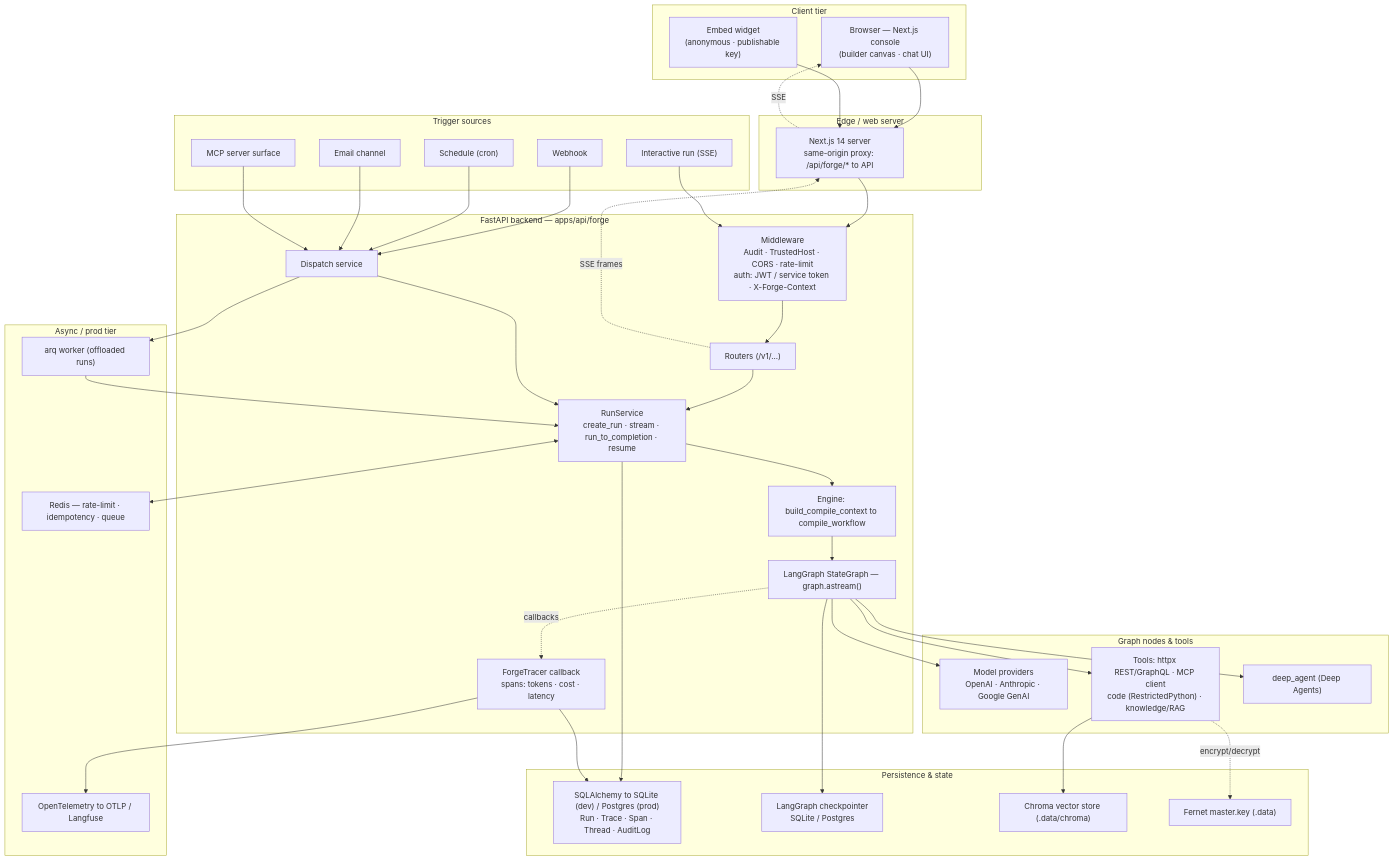
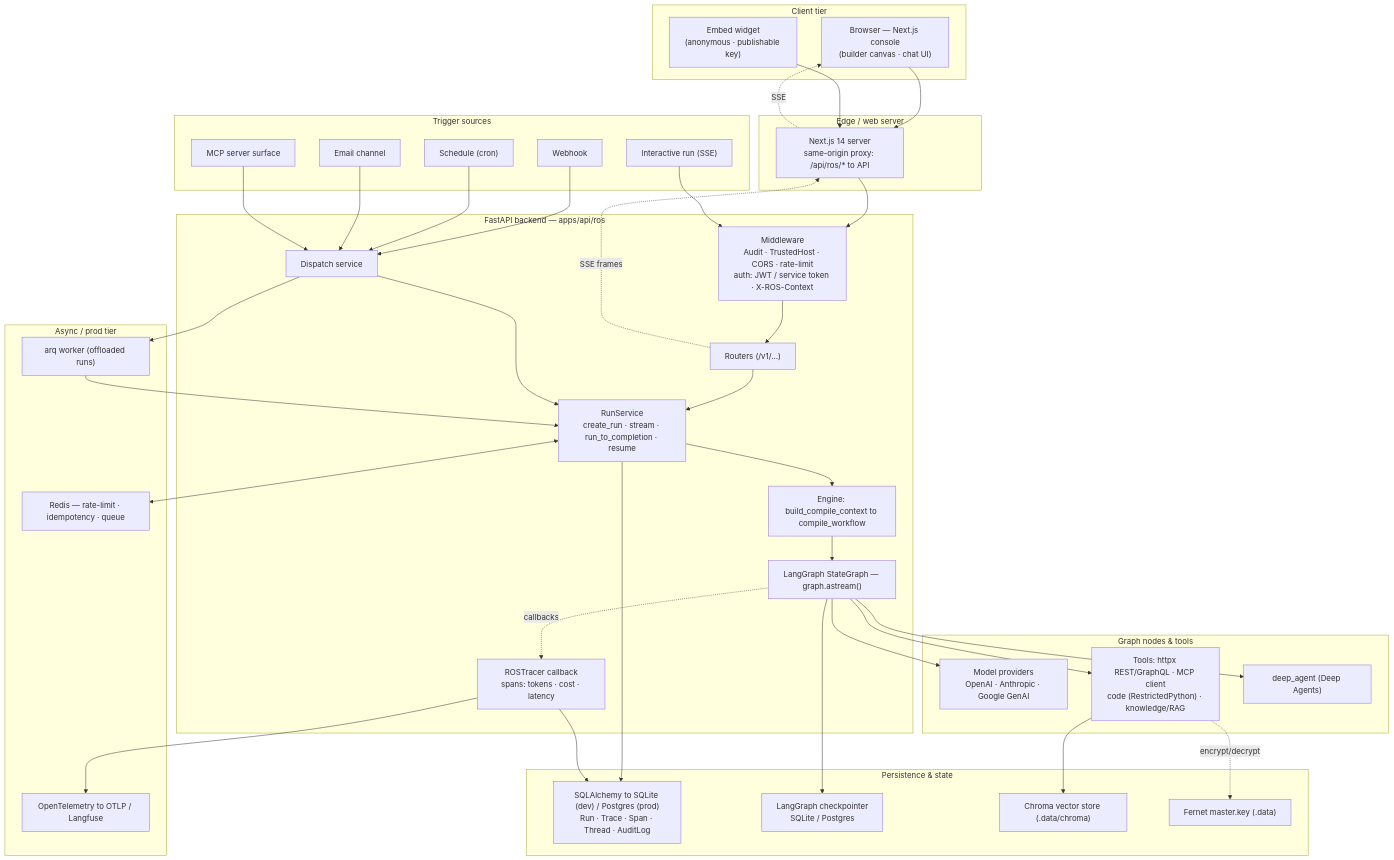
The first of 2 diagrams in TECH_STACK.md (hvoguetech/agent-studio-backend), drawn with Mermaid before and after one commit. The commit also changed other lines of this file and 450 other files, not shown here.

First line of the commit message:
refactor: rename forge -> ros across the codebase

````diff
--- a/TECH_STACK.md
+++ b/TECH_STACK.md
@@ -81,75 +81,75 @@
 ```mermaid
 flowchart TB
     subgraph Client["Client tier"]
         Browser["Browser — Next.js console<br/>(builder canvas · chat UI)"]
         Embed["Embed widget<br/>(anonymous · publishable key)"]
     end
 
     subgraph Edge["Edge / web server"]
-        Next["Next.js 14 server<br/>same-origin proxy: /api/forge/* to API"]
+        Next["Next.js 14 server<br/>same-origin proxy: /api/ros/* to API"]
     end
 
     subgraph Triggers["Trigger sources"]
         UI["Interactive run (SSE)"]
         WH["Webhook"]
         SCH["Schedule (cron)"]
         CH["Email channel"]
         MCPin["MCP server surface"]
     end
 
-    subgraph API["FastAPI backend — apps/api/forge"]
-        MW["Middleware<br/>Audit · TrustedHost · CORS · rate-limit<br/>auth: JWT / service token · X-Forge-Context"]
+    subgraph API["FastAPI backend — apps/api/ros"]
+        MW["Middleware<br/>Audit · TrustedHost · CORS · rate-limit<br/>auth: JWT / service token · X-ROS-Context"]
         Routers["Routers (/v1/...)"]
         Dispatch["Dispatch service"]
         RunSvc["RunService<br/>create_run · stream · run_to_completion · resume"]
         Compile["Engine: build_compile_context to compile_workflow"]
         Graph["LangGraph StateGraph — graph.astream()"]
-        Tracer["ForgeTracer callback<br/>spans: tokens · cost · latency"]
+        Tracer["ROSTracer callback<br/>spans: tokens · cost · latency"]
     end
 
     subgraph Nodes["Graph nodes & tools"]
         Models["Model providers<br/>OpenAI · Anthropic · Google GenAI"]
         Tools["Tools: httpx REST/GraphQL · MCP client<br/>code (RestrictedPython) · knowledge/RAG"]
         Deep["deep_agent (Deep Agents)"]
     end
 
     subgraph DataTier["Persistence & state"]
         DB["SQLAlchemy to SQLite (dev) / Postgres (prod)<br/>Run · Trace · Span · Thread · AuditLog"]
         CP["LangGraph checkpointer<br/>SQLite / Postgres"]
         Vec["Chroma vector store (.data/chroma)"]
         Secrets["Fernet master.key (.data)"]
     end
 
     subgraph Async["Async / prod tier"]
         Redis["Redis — rate-limit · idempotency · queue"]
         Worker["arq worker (offloaded runs)"]
         OTel["OpenTelemetry to OTLP / Langfuse"]
     end
 
     Browser --> Next
     Embed --> Next
     Next --> MW
     UI --> MW
     WH --> Dispatch
     SCH --> Dispatch
     CH --> Dispatch
     MCPin --> Dispatch
     MW --> Routers --> RunSvc
     Dispatch --> RunSvc
     RunSvc --> Compile --> Graph
     Graph -. callbacks .-> Tracer
     Graph --> Models
     Graph --> Tools
     Graph --> Deep
     Tools --> Vec
     Tools -. encrypt/decrypt .-> Secrets
     RunSvc --> DB
     Graph --> CP
     Tracer --> DB
     Tracer --> OTel
     RunSvc <--> Redis
     Dispatch --> Worker
     Worker --> RunSvc
     Routers -. SSE frames .-> Next
     Next -. SSE .-> Browser
 ```
````
